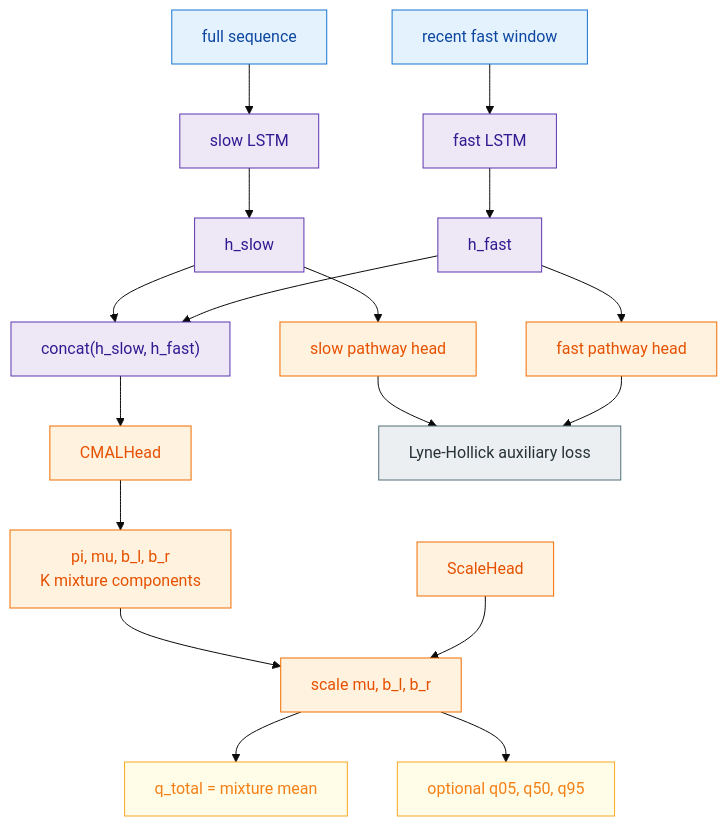
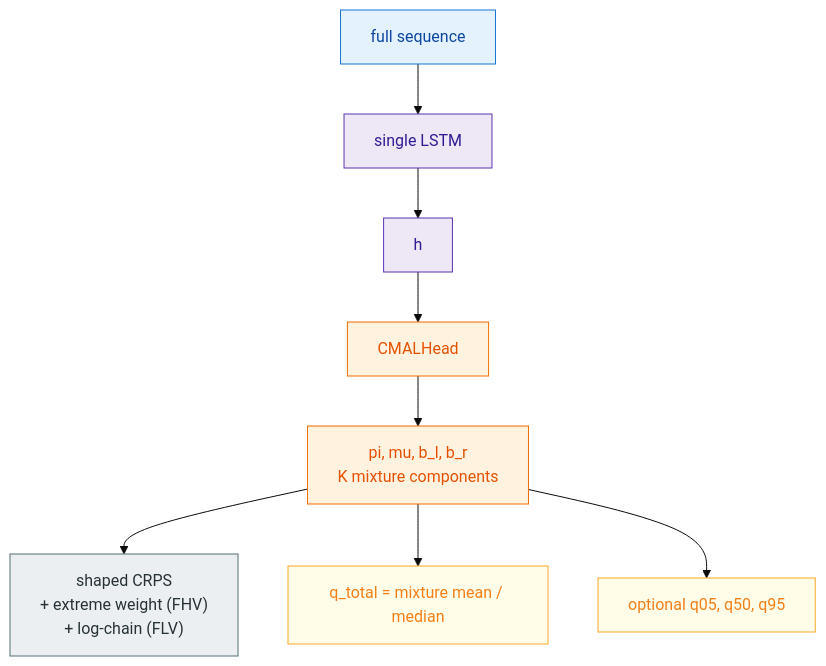
One commit to wyattarnold/neuralhyd-ca changed the fifth of 6 diagrams in docs/models/lstm.md. Above: the diagram before and after it, drawn with Mermaid (base theme). The commit also changed other lines of this file and 7 other files, not shown here.

````diff
--- a/docs/models/lstm.md
+++ b/docs/models/lstm.md
@@ -314,36 +330,22 @@
 ```mermaid
 flowchart TD
     XFull["full sequence"]:::input
-    XFast["recent fast window"]:::input
-    SlowLSTM["slow LSTM"]:::seq
-    FastLSTM["fast LSTM"]:::seq
-    HSlow["h_slow"]:::seq
-    HFast["h_fast"]:::seq
-    AuxSlow["slow pathway head"]:::head
-    AuxFast["fast pathway head"]:::head
-    Cat["concat(h_slow, h_fast)"]:::seq
+    LSTM["single LSTM"]:::seq
+    H["h"]:::seq
     CMAL["CMALHead"]:::head
     Params["pi, mu, b_l, b_r<br/>K mixture components"]:::head
-    Scale["ScaleHead"]:::head
-    Dist["scale mu, b_l, b_r"]:::head
-    Mean["q_total = mixture mean"]:::output
+    Point["q_total = mixture mean / median"]:::output
     Quantiles["optional q05, q50, q95"]:::output
-    AuxLoss["Lyne-Hollick auxiliary loss"]:::loss
+    CRPSLoss["shaped CRPS<br/>+ extreme weight (FHV)<br/>+ log-chain (FLV)"]:::loss
 
-    XFull --> SlowLSTM --> HSlow
-    XFast --> FastLSTM --> HFast
-    HSlow --> AuxSlow --> AuxLoss
-    HFast --> AuxFast --> AuxLoss
-    HSlow --> Cat
-    HFast --> Cat
-    Cat --> CMAL --> Params --> Dist
-    Scale --> Dist
-    Dist --> Mean
-    Dist --> Quantiles
+    XFull --> LSTM --> H
+    H --> CMAL --> Params --> CRPSLoss
+    Params --> Point
+    Params --> Quantiles
 
     classDef input fill:#e3f2fd,stroke:#1976d2,color:#0d47a1
     classDef seq fill:#ede7f6,stroke:#5e35b1,color:#311b92
     classDef head fill:#fff3e0,stroke:#ef6c00,color:#e65100
     classDef output fill:#fffde7,stroke:#f9a825,color:#f57f17
     classDef loss fill:#eceff1,stroke:#546e7a,color:#263238
 ```
````
